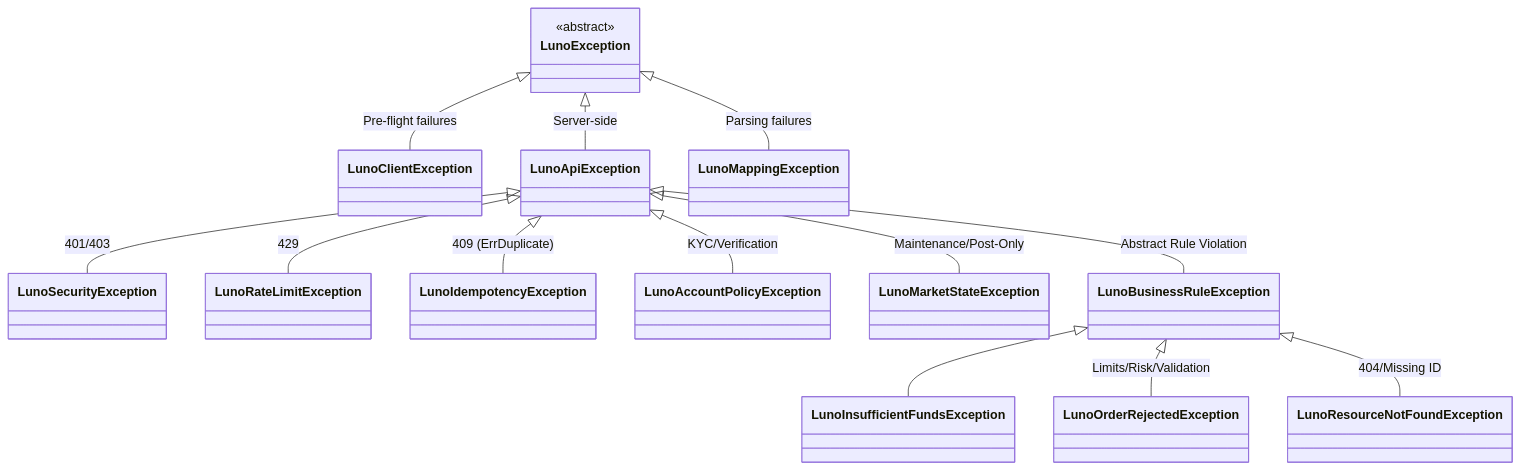
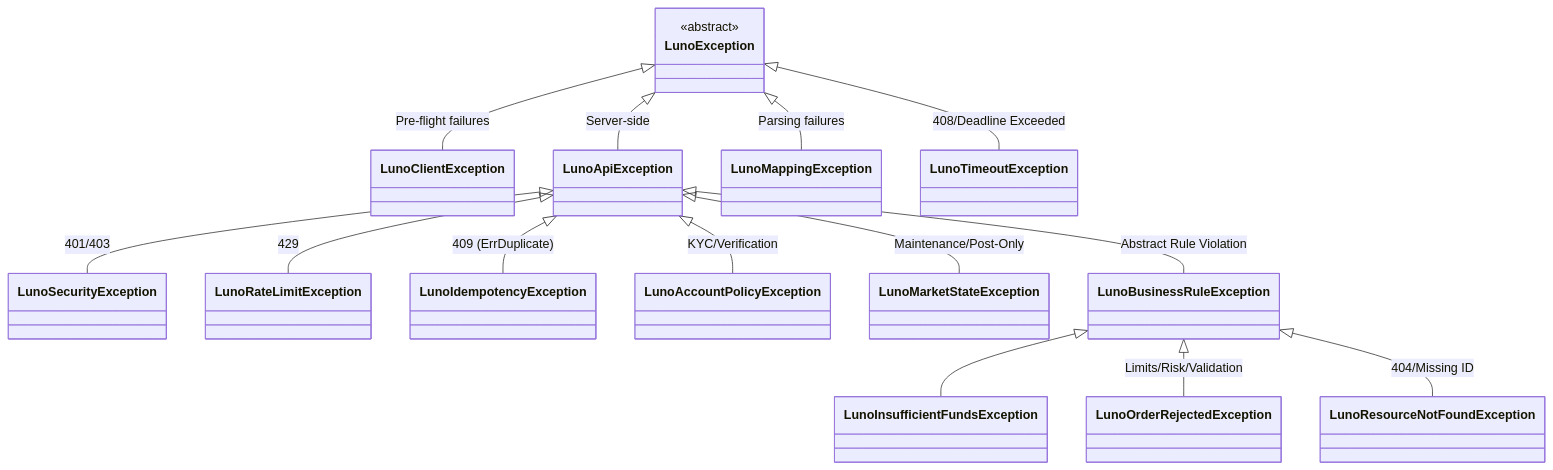
The diagram in docs/rfcs/drafts/RFC004_UnifiedDomainExceptionHierarchy.md (hsm207/Luno.SDK), drawn with Mermaid before and after one commit. The commit also changed other lines of this file, not shown here.

````diff
--- a/docs/rfcs/drafts/RFC004_UnifiedDomainExceptionHierarchy.md
+++ b/docs/rfcs/drafts/RFC004_UnifiedDomainExceptionHierarchy.md
@@ -39,24 +39,25 @@
 ```mermaid
 classDiagram
     class LunoException { <<abstract>> }
     LunoException <|-- LunoClientException : Pre-flight failures
     LunoException <|-- LunoApiException : Server-side
     LunoException <|-- LunoMappingException : Parsing failures
+    LunoException <|-- LunoTimeoutException : 408/Deadline Exceeded
 
     %% Infrastructure & Security
     LunoApiException <|-- LunoSecurityException : 401/403
     LunoApiException <|-- LunoRateLimitException : 429
     LunoApiException <|-- LunoIdempotencyException : 409 (ErrDuplicate)
 
     %% Policy & Identity
     LunoApiException <|-- LunoAccountPolicyException : KYC/Verification
 
     %% Market & Business State
     LunoApiException <|-- LunoMarketStateException : Maintenance/Post-Only
     LunoApiException <|-- LunoBusinessRuleException : Abstract Rule Violation
 
     %% Business Rules (Actionable)
     LunoBusinessRuleException <|-- LunoInsufficientFundsException
     LunoBusinessRuleException <|-- LunoOrderRejectedException : Limits/Risk/Validation
     LunoBusinessRuleException <|-- LunoResourceNotFoundException : 404/Missing ID
 ```
````
